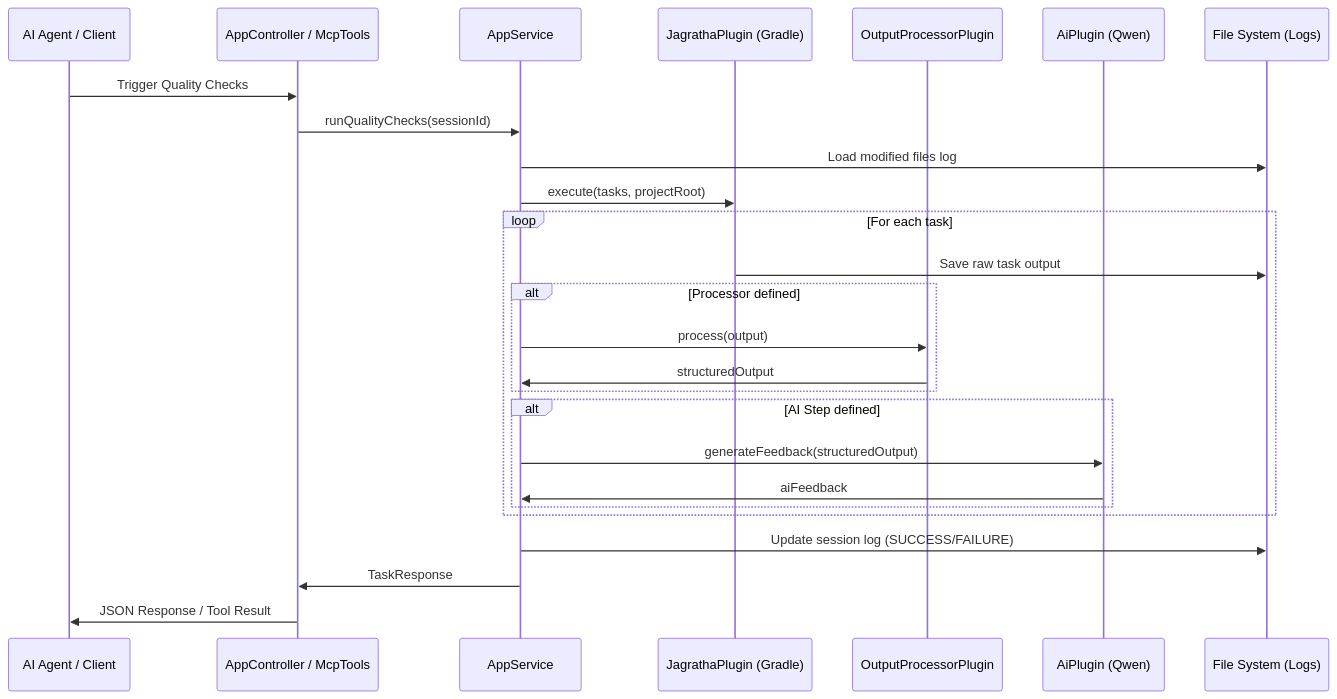
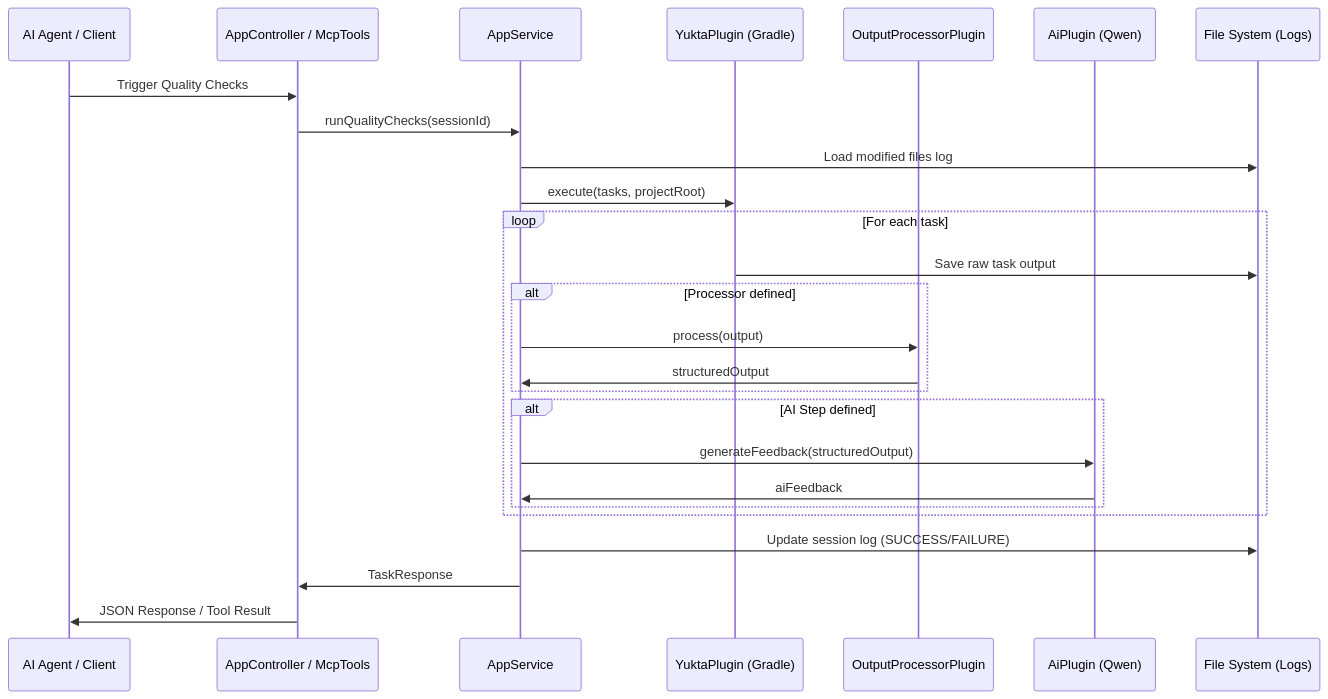
One commit to infenia/jagratha changed the first of 2 diagrams in docs/architecture.md. Above: the diagram before and after it, drawn with Mermaid. The commit also changed other lines of this file and 321 other files, not shown here.

````diff
--- a/docs/architecture.md
+++ b/docs/architecture.md
@@ -22,29 +22,29 @@
 ```mermaid
 sequenceDiagram
     participant User as AI Agent / Client
     participant Controller as AppController / McpTools
     participant Service as AppService
-    participant Plugin as JagrathaPlugin (Gradle)
+    participant Plugin as YuktaPlugin (Gradle)
     participant Processor as OutputProcessorPlugin
     participant AI as AiPlugin (Qwen)
     participant FS as File System (Logs)
 
     User->>Controller: Trigger Quality Checks
     Controller->>Service: runQualityChecks(sessionId)
     Service->>FS: Load modified files log
     Service->>Plugin: execute(tasks, projectRoot)
     loop For each task
         Plugin->>FS: Save raw task output
         alt Processor defined
             Service->>Processor: process(output)
             Processor->>Service: structuredOutput
         end
         alt AI Step defined
             Service->>AI: generateFeedback(structuredOutput)
             AI->>Service: aiFeedback
         end
     end
     Service->>FS: Update session log (SUCCESS/FAILURE)
     Service->>Controller: TaskResponse
     Controller->>User: JSON Response / Tool Result
 ```
````
